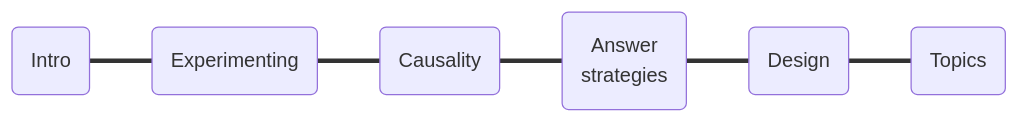
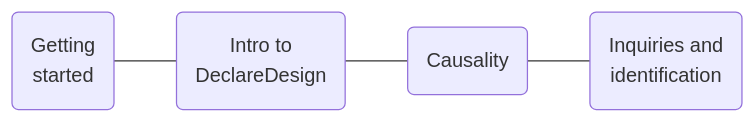
Before and after one commit to macartan/ci: the second of 8 diagrams in docs/index.qmd, drawn with Mermaid. The commit also changed other lines of this file and 30 other files, not shown here.

````diff
--- a/docs/index.qmd
+++ b/docs/index.qmd
@@ -14,11 +24,9 @@
 ```{mermaid}
-%%{init: {"flowchart": {"htmlLabels": true}} }%%
+%%{init: {"flowchart": {"htmlLabels": false}} }%%
 flowchart LR
-    A("Intro") === B("Experimenting") === C("Causality") === D("Answer<br>strategies") === E("Design") === F("Topics")
-    click A "https://macartan.github.io/ci/experiments_2026/intro.html"
-    click B "https://macartan.github.io/ci/experiments_2026/experimenting.html"
-    click C "https://macartan.github.io/ci/experiments_2026/causality.html"
-    click D "https://macartan.github.io/ci/experiments_2026/analysis.html"
-    click E "https://macartan.github.io/ci/experiments_2026/design.html"
-    click F "https://macartan.github.io/ci/experiments_2026/topics.html"
+    A("Getting<br>started") --- B("Intro to<br>DeclareDesign") --- C("Causality") --- D("Inquiries and<br>identification")
+    click A "https://macartan.github.io/ci/ci_2025/1.1_intro.html"
+    click B "https://macartan.github.io/ci/ci_2025/1.2_declaredesign.html"
+    click C "https://macartan.github.io/ci/ci_2025/2.1_causality.html"
+    click D "https://macartan.github.io/ci/ci_2025/2.2_estimands.html"
 ```
````
